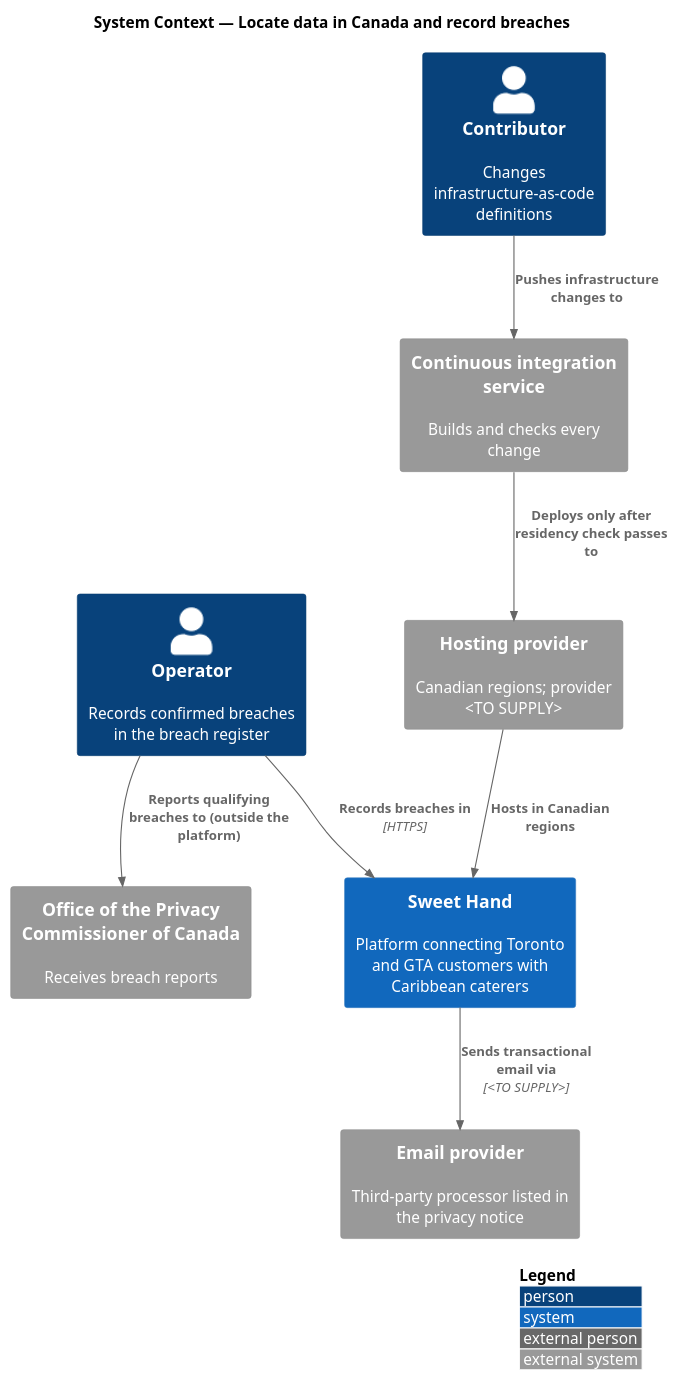
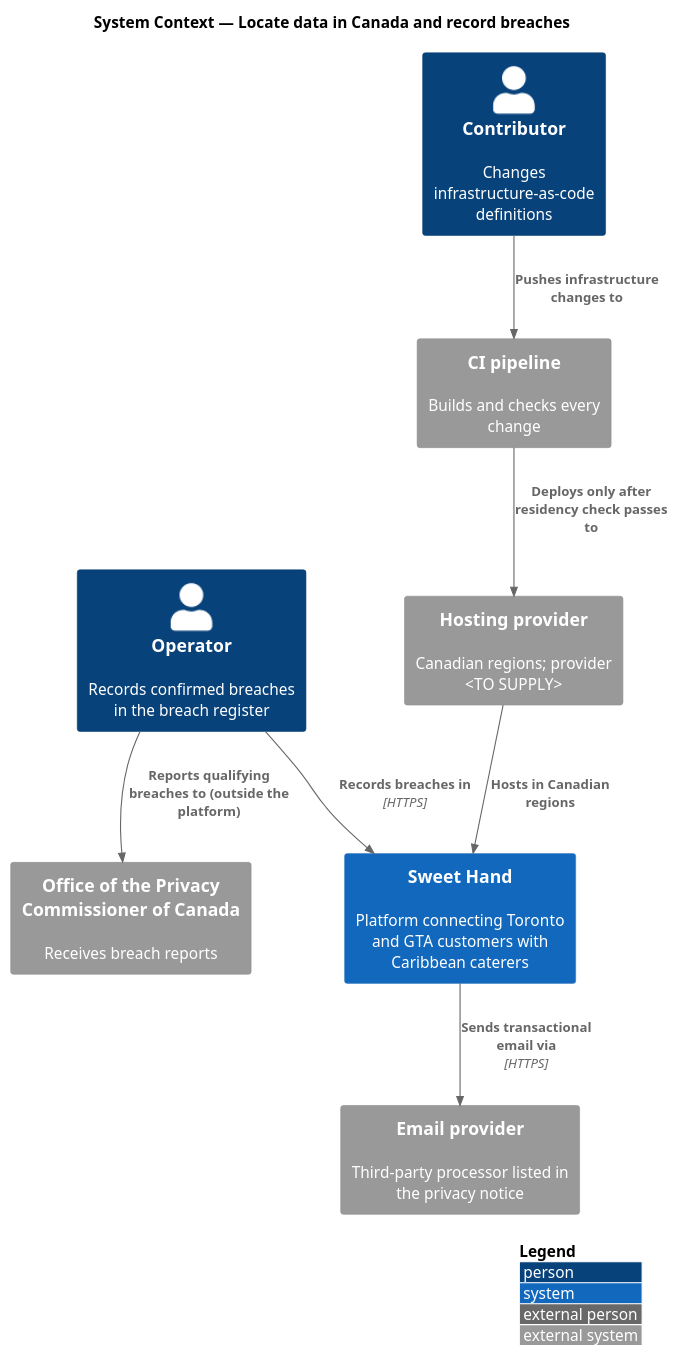
The diagram in docs/detailed-designs/privacy/locate-data-and-record-breaches/diagrams/c4-context.puml (QuinntyneBrown/sweet-hand), drawn with PlantUML before and after one commit. The commit also changed 34 other files, not shown here.

```diff
--- a/docs/detailed-designs/privacy/locate-data-and-record-breaches/diagrams/c4-context.puml
+++ b/docs/detailed-designs/privacy/locate-data-and-record-breaches/diagrams/c4-context.puml
@@ -1,20 +1,20 @@
 @startuml
 !include <C4/C4_Context>
 LAYOUT_WITH_LEGEND()
 title System Context — Locate data in Canada and record breaches
 
 Person(operator, "Operator", "Records confirmed breaches in the breach register")
 Person(contributor, "Contributor", "Changes infrastructure-as-code definitions")
 System(sweethand, "Sweet Hand", "Platform connecting Toronto and GTA customers with Caribbean caterers")
-System_Ext(ci, "Continuous integration service", "Builds and checks every change")
+System_Ext(ci, "CI pipeline", "Builds and checks every change")
 System_Ext(hosting, "Hosting provider", "Canadian regions; provider <TO SUPPLY>")
 System_Ext(email, "Email provider", "Third-party processor listed in the privacy notice")
 System_Ext(opc, "Office of the Privacy Commissioner of Canada", "Receives breach reports")
 
 Rel(contributor, ci, "Pushes infrastructure changes to")
 Rel(ci, hosting, "Deploys only after residency check passes to")
 Rel(hosting, sweethand, "Hosts in Canadian regions")
 Rel(operator, sweethand, "Records breaches in", "HTTPS")
-Rel(sweethand, email, "Sends transactional email via", "<TO SUPPLY>")
+Rel(sweethand, email, "Sends transactional email via", "HTTPS")
 Rel(operator, opc, "Reports qualifying breaches to (outside the platform)")
 @enduml
```
